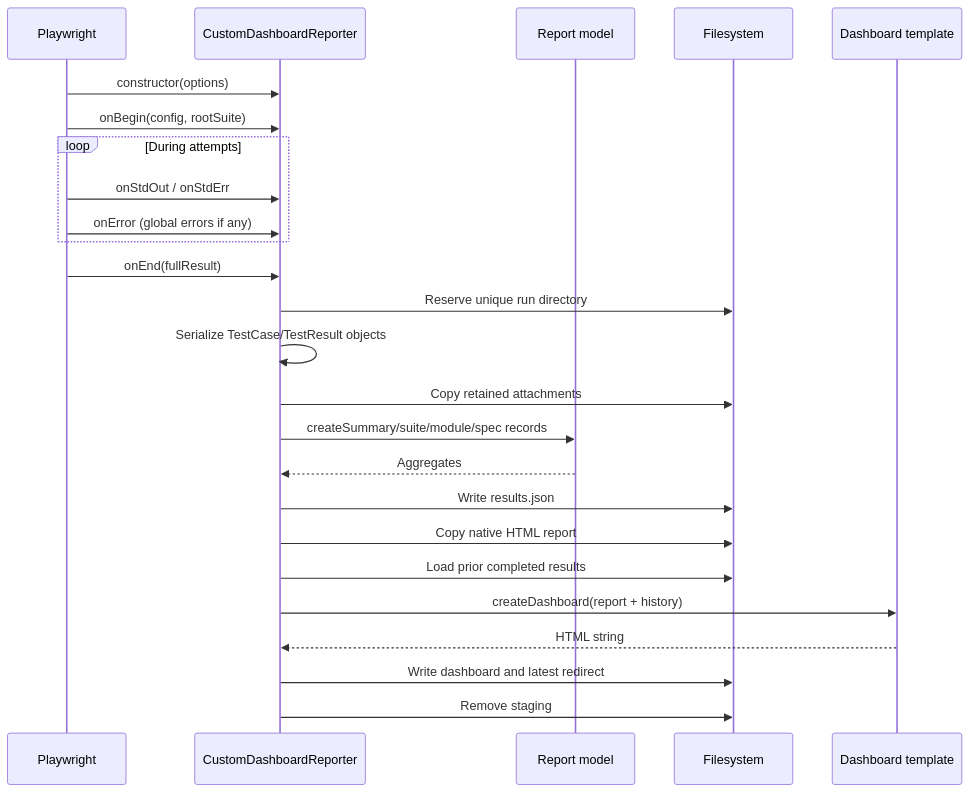
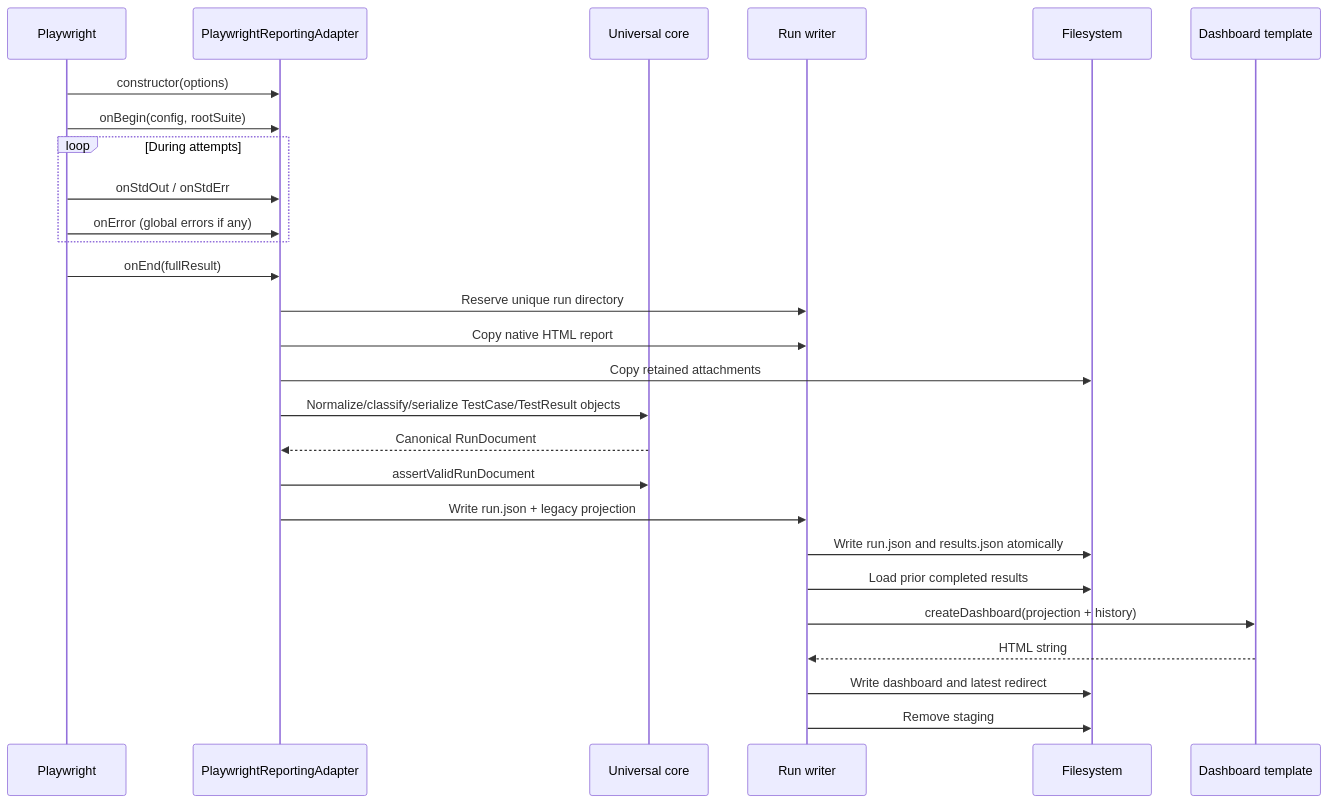
Before and after one commit to ydvgaurav1/Playwright-Tutorial: the second of 4 diagrams in learning-guide/08-debugging-and-reporting.md, drawn with Mermaid. The commit also changed other lines of this file and 3 other files, not shown here.

First line of the commit message:
docs: update reporting architecture and environment flow

````diff
--- a/learning-guide/08-debugging-and-reporting.md
+++ b/learning-guide/08-debugging-and-reporting.md
@@ -128,28 +159,30 @@
 ```mermaid
 sequenceDiagram
     participant PW as Playwright
-    participant R as CustomDashboardReporter
-    participant M as Report model
+    participant A as PlaywrightReportingAdapter
+    participant U as Universal core
+    participant W as Run writer
     participant FS as Filesystem
     participant T as Dashboard template
 
-    PW->>R: constructor(options)
-    PW->>R: onBegin(config, rootSuite)
+    PW->>A: constructor(options)
+    PW->>A: onBegin(config, rootSuite)
     loop During attempts
-        PW->>R: onStdOut / onStdErr
-        PW->>R: onError (global errors if any)
+        PW->>A: onStdOut / onStdErr
+        PW->>A: onError (global errors if any)
     end
-    PW->>R: onEnd(fullResult)
-    R->>FS: Reserve unique run directory
-    R->>R: Serialize TestCase/TestResult objects
-    R->>FS: Copy retained attachments
-    R->>M: createSummary/suite/module/spec records
-    M-->>R: Aggregates
-    R->>FS: Write results.json
-    R->>FS: Copy native HTML report
-    R->>FS: Load prior completed results
-    R->>T: createDashboard(report + history)
-    T-->>R: HTML string
-    R->>FS: Write dashboard and latest redirect
-    R->>FS: Remove staging
+    PW->>A: onEnd(fullResult)
+    A->>W: Reserve unique run directory
+    A->>W: Copy native HTML report
+    A->>FS: Copy retained attachments
+    A->>U: Normalize/classify/serialize TestCase/TestResult objects
+    U-->>A: Canonical RunDocument
+    A->>U: assertValidRunDocument
+    A->>W: Write run.json + legacy projection
+    W->>FS: Write run.json and results.json atomically
+    W->>FS: Load prior completed results
+    W->>T: createDashboard(projection + history)
+    T-->>W: HTML string
+    W->>FS: Write dashboard and latest redirect
+    W->>FS: Remove staging
 ```
````
